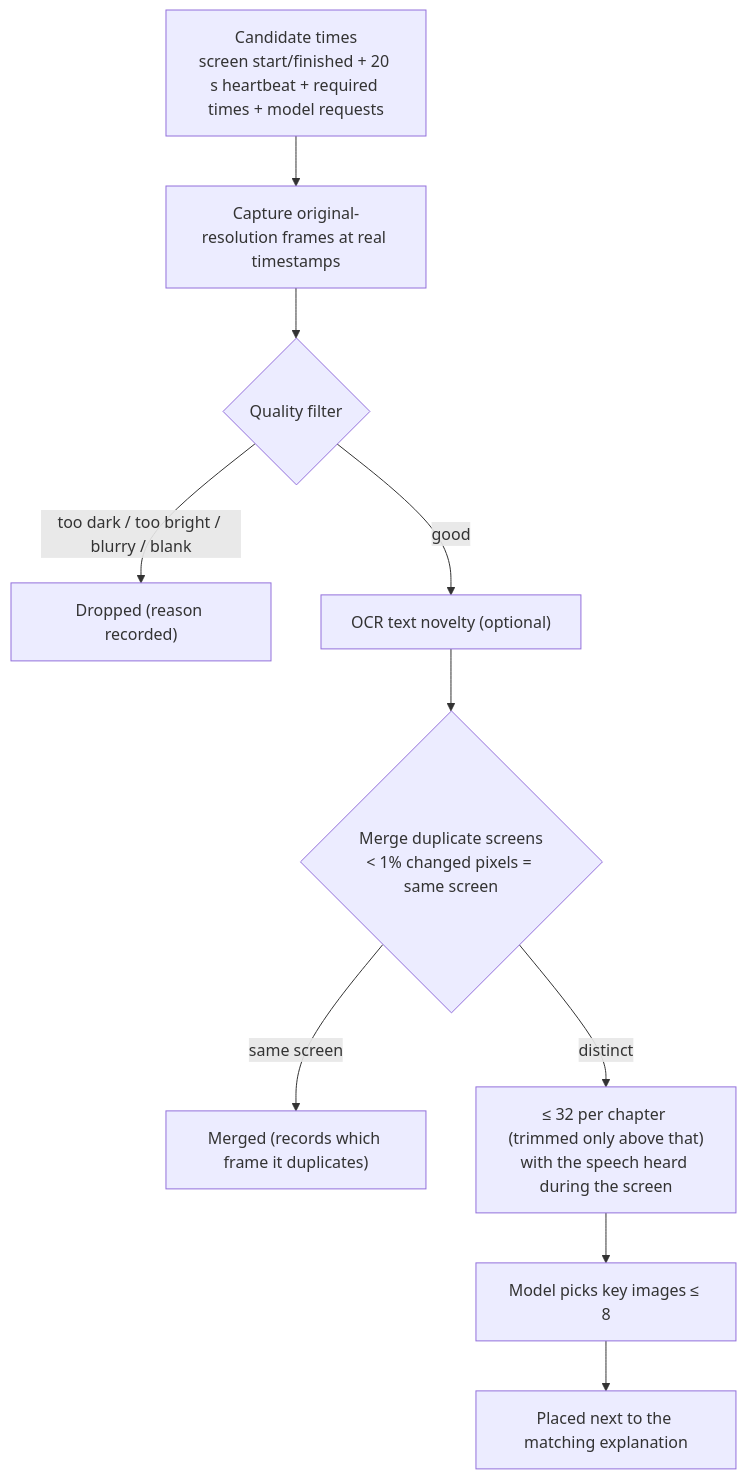
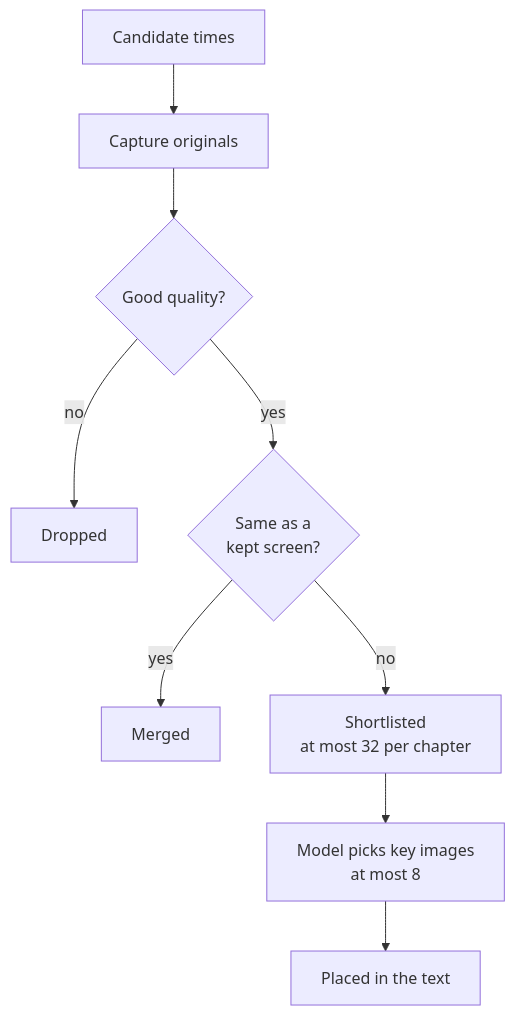
Before and after one commit to songyang8964/video-notes: the sixth of 7 diagrams in README.en.md, drawn with Mermaid. The commit also changed other lines of this file and 2 other files, not shown here.

Commit message:
README: usage first, short diagram labels, timeline as a table

````diff
--- a/README.en.md
+++ b/README.en.md
@@ -198,12 +416,11 @@
 ```mermaid
 flowchart TD
-    A["Candidate times<br/>screen start/finished + 20 s heartbeat + required times + model requests"] --> B["Capture original-resolution frames at real timestamps"]
-    B --> Q{"Quality filter"}
-    Q -- too dark / too bright / blurry / blank --> R1["Dropped (reason recorded)"]
-    Q -- good --> O["OCR text novelty (optional)"]
-    O --> D{"Merge duplicate screens<br/>< 1% changed pixels = same screen"}
-    D -- same screen --> R2["Merged (records which frame it duplicates)"]
-    D -- distinct --> SH["≤ 32 per chapter (trimmed only above that)<br/>with the speech heard during the screen"]
-    SH --> M["Model picks key images ≤ 8"]
-    M --> N["Placed next to the matching explanation"]
+    A["Candidate times"] --> B["Capture originals"]
+    B --> Q{"Good quality?"}
+    Q -- no --> R1["Dropped"]
+    Q -- yes --> D{"Same as a<br/>kept screen?"}
+    D -- yes --> R2["Merged"]
+    D -- no --> SH["Shortlisted<br/>at most 32 per chapter"]
+    SH --> M["Model picks key images<br/>at most 8"]
+    M --> N["Placed in the text"]
 ```
````
